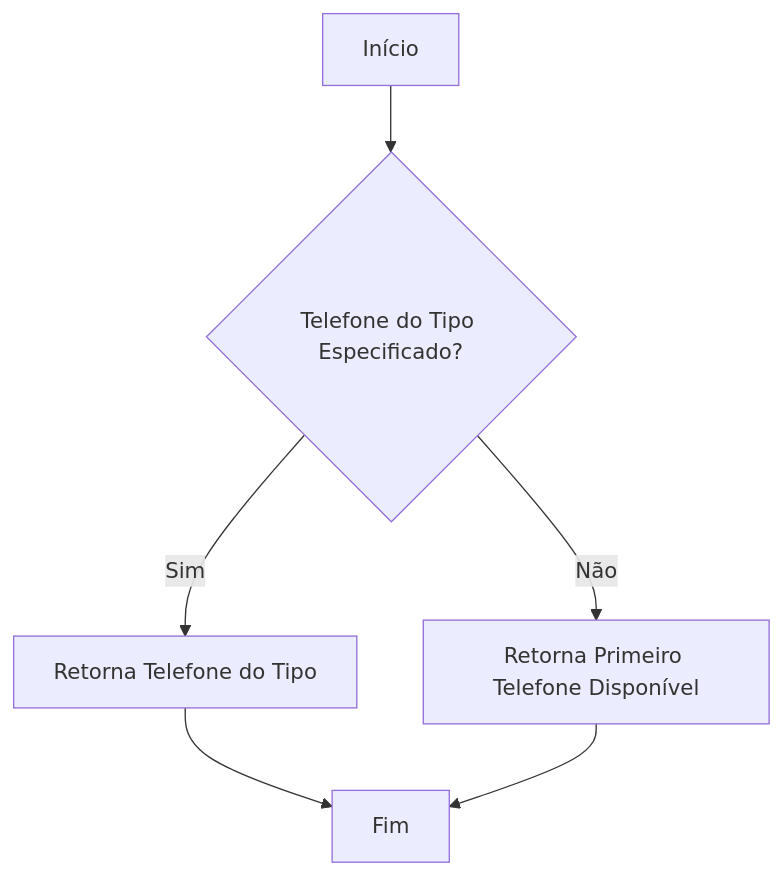
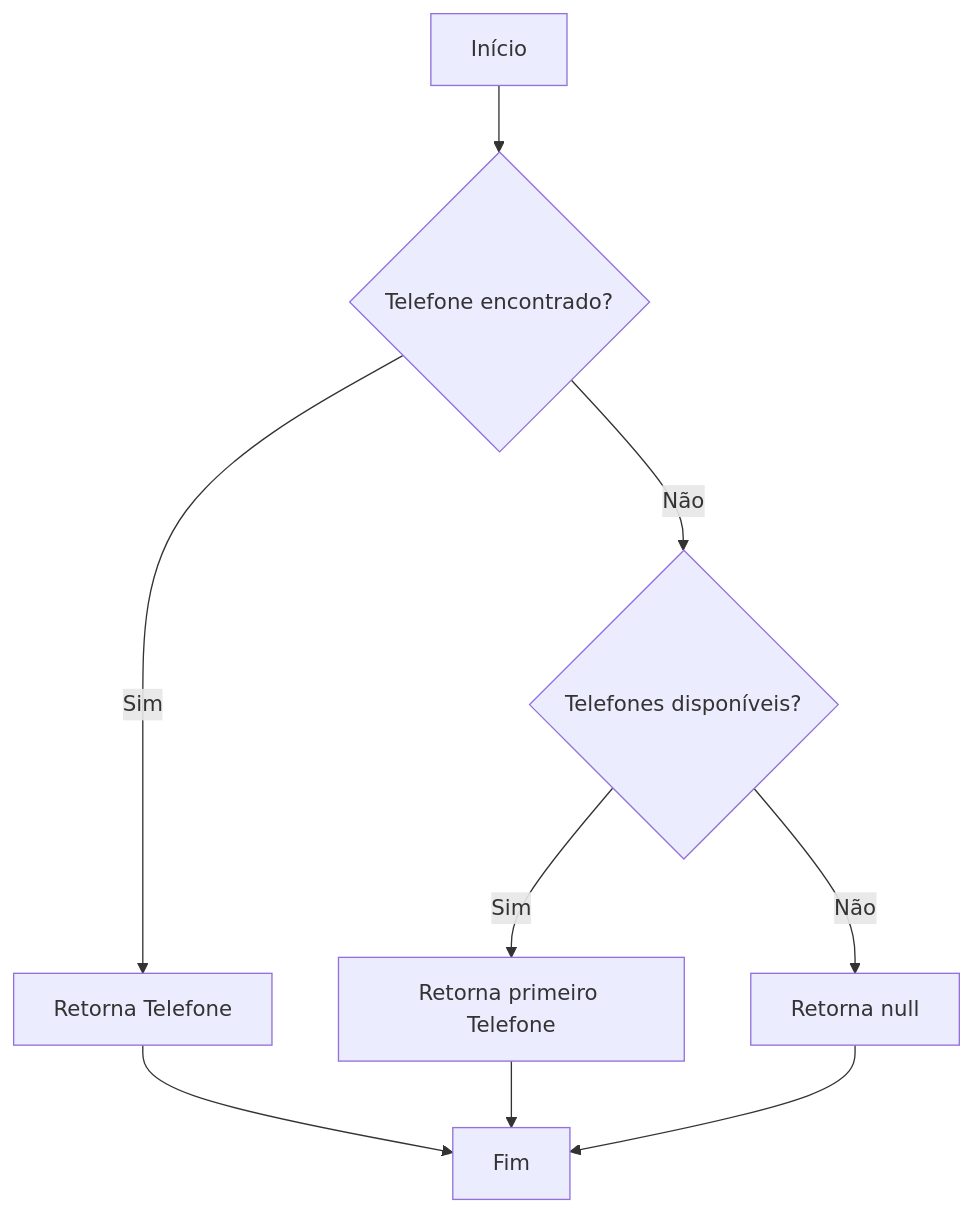
The first of 2 diagrams in docs/b2b-dominio/IsthmusWinthor.Nucleo/IsthmusWinthor.Dominio/POCO/Distribuidoras/InformacoesDistribuidora.md (IsthmusSistemas/documentacao-tecnica), drawn with Mermaid before and after one commit. The commit also changed other lines of this file and 882 other files, not shown here.

````diff
--- a/docs/b2b-dominio/IsthmusWinthor.Nucleo/IsthmusWinthor.Dominio/POCO/Distribuidoras/InformacoesDistribuidora.md
+++ b/docs/b2b-dominio/IsthmusWinthor.Nucleo/IsthmusWinthor.Dominio/POCO/Distribuidoras/InformacoesDistribuidora.md
@@ -18,8 +18,11 @@
 ```mermaid
 flowchart TD
-    A[Início] --> B{Telefone do Tipo Especificado?}
-    B -- Sim --> C[Retorna Telefone do Tipo]
-    B -- Não --> D[Retorna Primeiro Telefone Disponível]
-    C --> E[Fim]
-    D --> E
+    A[Início] --> B{Telefone encontrado?}
+    B -- Sim --> C[Retorna Telefone]
+    B -- Não --> D{Telefones disponíveis?}
+    D -- Sim --> E[Retorna primeiro Telefone]
+    D -- Não --> F[Retorna null]
+    C --> G[Fim]
+    E --> G
+    F --> G
 ```
````
